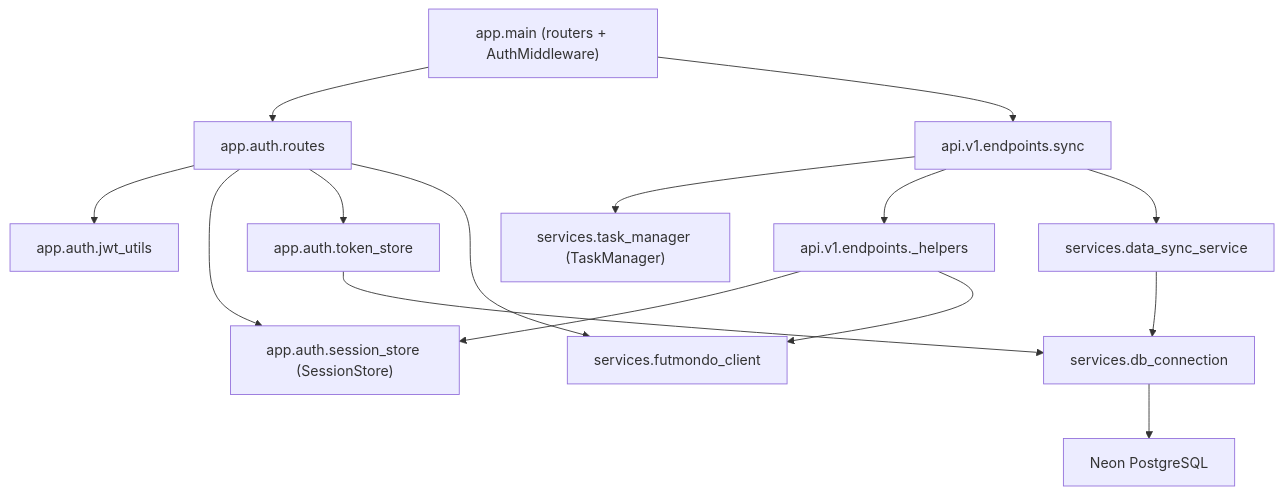
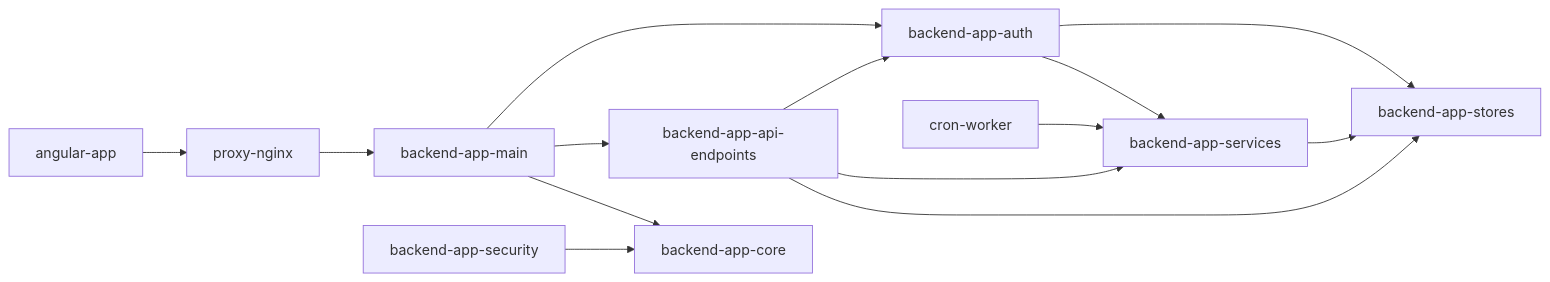
One commit to Mutinho/futmondo-analytics changed the diagram in aidlc/spaces/default/codekb/futmondo-analytics/dependencies.md. Above: the diagram before and after it, drawn with Mermaid. The commit also changed other lines of this file and 55 other files, not shown here.

````diff
--- a/aidlc/spaces/default/codekb/futmondo-analytics/dependencies.md
+++ b/aidlc/spaces/default/codekb/futmondo-analytics/dependencies.md
@@ -38,30 +28,16 @@
 ```mermaid
-graph TD
-  main["app.main (routers + AuthMiddleware)"]
-  routes["app.auth.routes"]
-  ss["app.auth.session_store (SessionStore)"]
-  ts["app.auth.token_store"]
-  jwt["app.auth.jwt_utils"]
-  helpers["api.v1.endpoints._helpers"]
-  sync["api.v1.endpoints.sync"]
-  tm["services.task_manager (TaskManager)"]
-  dss["services.data_sync_service"]
-  fc["services.futmondo_client"]
-  dbc["services.db_connection"]
-  db["Neon PostgreSQL"]
-
-  main --> routes
-  main --> sync
-  routes --> jwt
-  routes --> ss
-  routes --> ts
-  routes --> fc
-  helpers --> ss
-  helpers --> fc
-  sync --> tm
-  sync --> helpers
-  sync --> dss
-  ts --> dbc
-  dss --> dbc
-  dbc --> db
+graph LR
+    angular["angular-app"] --> proxy["proxy-nginx"]
+    proxy --> main["backend-app-main"]
+    main --> auth["backend-app-auth"]
+    main --> endpoints["backend-app-api-endpoints"]
+    main --> core["backend-app-core"]
+    endpoints --> auth
+    endpoints --> services["backend-app-services"]
+    endpoints --> stores["backend-app-stores"]
+    auth --> stores
+    auth --> services
+    services --> stores
+    security["backend-app-security"] --> core
+    cron["cron-worker"] --> services
 ```
````
